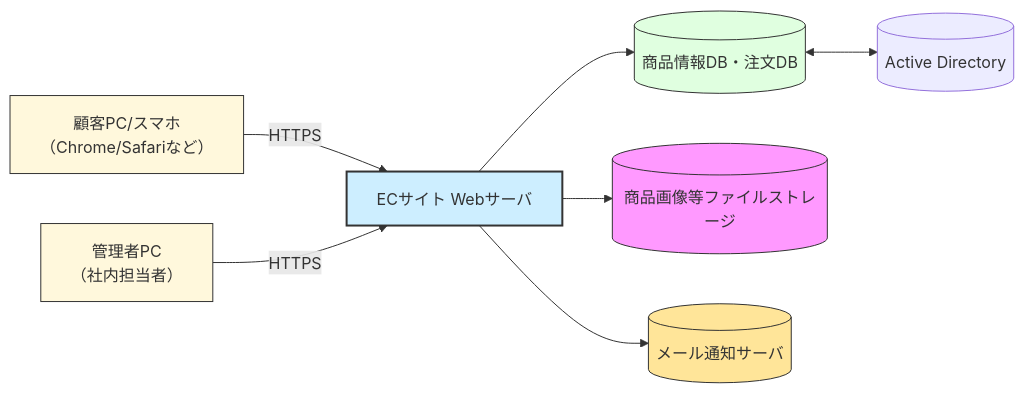
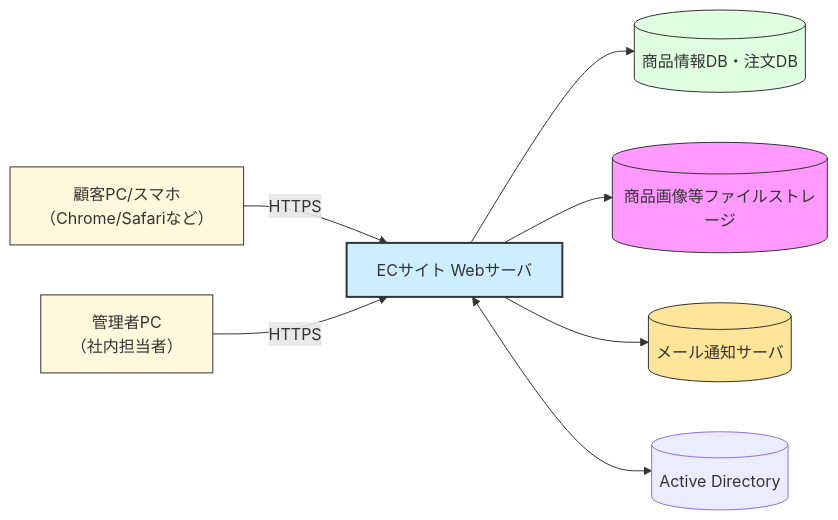
The first of 3 diagrams in 基本設計/基本設計書（壷坂）.md (natsumiumeda/Jobs), drawn with Mermaid before and after one commit.

Commit message:
付け替えた

```diff
--- a/基本設計/基本設計書（壷坂）.md
+++ b/基本設計/基本設計書（壷坂）.md
@@ -56,16 +56,16 @@
 <div class="mermaid">
 graph LR
     顧客端末[顧客PC/スマホ<br>（Chrome/Safariなど）] -- HTTPS --> ECサーバ[ECサイト Webサーバ]
     管理端末[管理者PC<br>（社内担当者）] -- HTTPS --> ECサーバ
     ECサーバ --> DB[(商品情報DB・注文DB)]
     ECサーバ --> ストレージ[(商品画像等ファイルストレージ)]
     ECサーバ --> メール[(メール通知サーバ)]
-    DB <--> 認証システム[(Active Directory)]
+    ECサーバ <--> 認証システム[(Active Directory)]
  
     style 顧客端末 fill:#fff8dc,stroke:#333
     style 管理端末 fill:#fff8dc,stroke:#333
     style ECサーバ fill:#cdeeff,stroke:#333,stroke-width:2px
     style DB fill:#e0ffe0,stroke:#333
     style ストレージ fill:#f9f,stroke:#333
     style メール fill:#ffe599,stroke:#333
 </div>
```
